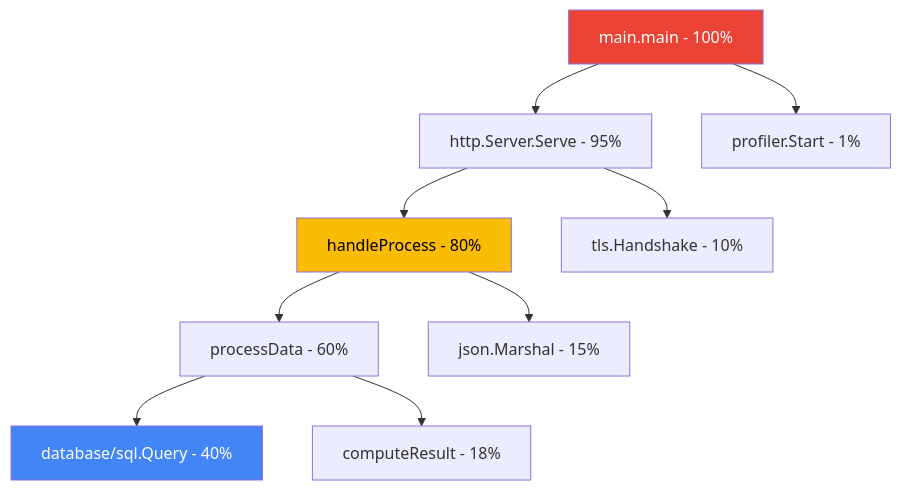
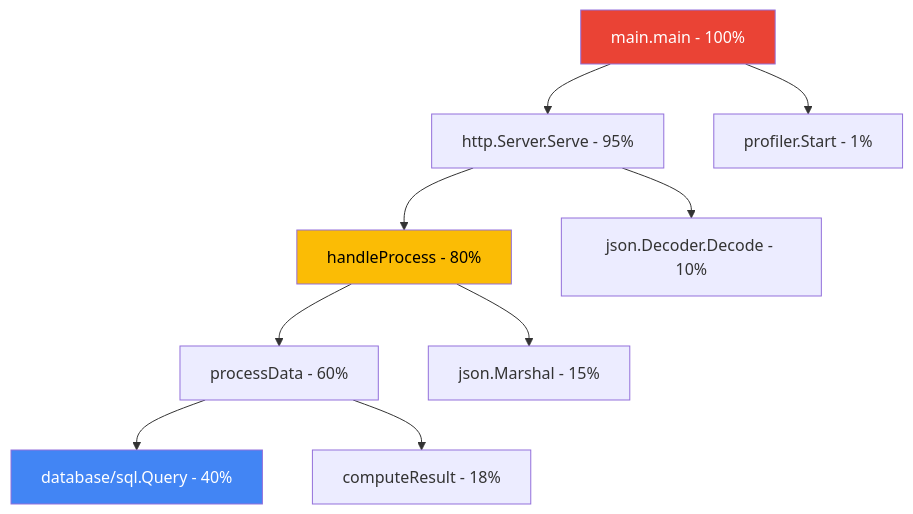
Before and after one commit to OneUptime/blog: the diagram in posts/2026-02-17-how-to-use-the-go-cloud-profiler-agent-to-profile-a-go-service-running-on-cloud-run/README.md, drawn with Mermaid. The commit also changed other lines of this file and 2 other files, not shown here.

````diff
--- a/posts/2026-02-17-how-to-use-the-go-cloud-profiler-agent-to-profile-a-go-service-running-on-cloud-run/README.md
+++ b/posts/2026-02-17-how-to-use-the-go-cloud-profiler-agent-to-profile-a-go-service-running-on-cloud-run/README.md
@@ -135,15 +133,15 @@
 ```mermaid
 flowchart TD
     Main[main.main - 100%] --> Server[http.Server.Serve - 95%]
     Main --> Profiler[profiler.Start - 1%]
     Server --> Handler[handleProcess - 80%]
-    Server --> TLS[tls.Handshake - 10%]
+    Server --> Decode[json.Decoder.Decode - 10%]
     Handler --> Process[processData - 60%]
     Handler --> JSON[json.Marshal - 15%]
     Process --> DB[database/sql.Query - 40%]
     Process --> Compute[computeResult - 18%]
 
     style Main fill:#EA4335,color:#fff
     style Handler fill:#FBBC05,color:#000
     style DB fill:#4285F4,color:#fff
 ```
````
